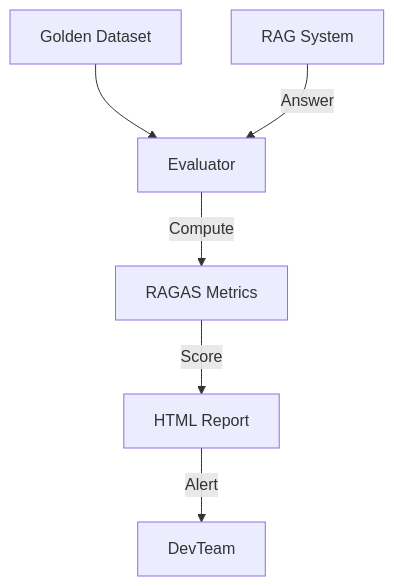
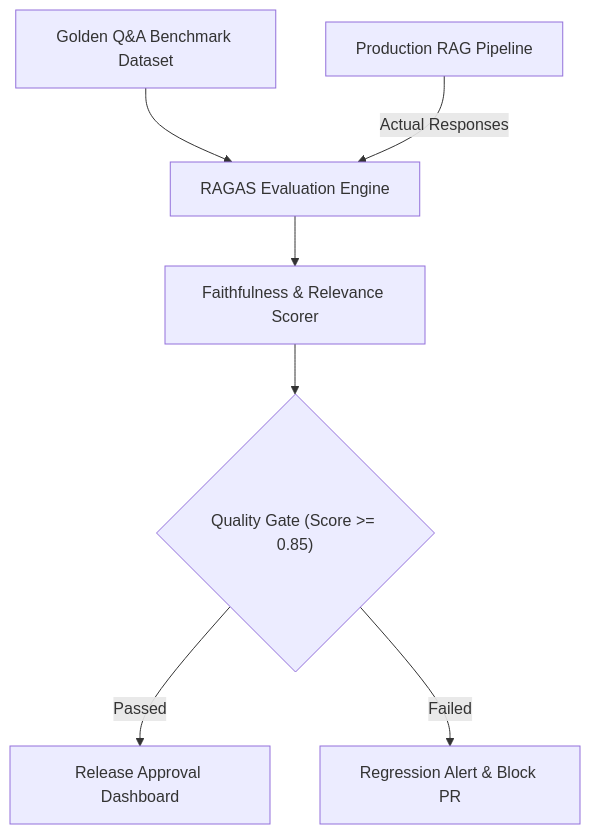
Diagram 13 of 20 in genai_enterprise_usecases/ARCHITECTURE_GUIDE.md (sricheru/agentic-ai-portfolio), drawn with Mermaid before and after one commit. The commit also changed other lines of this file, not shown here.

Commit message:
fix(mermaid): resolve dagre-d3 edge collision in all 20 diagrams

````diff
--- a/genai_enterprise_usecases/ARCHITECTURE_GUIDE.md
+++ b/genai_enterprise_usecases/ARCHITECTURE_GUIDE.md
@@ -286,8 +289,9 @@
 ```mermaid
 graph TD
-    Dataset[Golden Dataset] --> Eval[Evaluator]
-    RAG[RAG System] -->|Answer| Eval
-    Eval -->|Compute| Metrics[RAGAS Metrics]
-    Metrics -->|Score| Report[HTML Report]
-    Report -->|Alert| DevTeam
+    GoldenDataset["Golden Q&A Benchmark Dataset"] --> Evaluator["RAGAS Evaluation Engine"]
+    RAGSystem["Production RAG Pipeline"] -->|Actual Responses| Evaluator
+    Evaluator --> Metrics["Faithfulness & Relevance Scorer"]
+    Metrics --> ThresholdGate{"Quality Gate (Score >= 0.85)"}
+    ThresholdGate -->|Passed| ReleaseReport["Release Approval Dashboard"]
+    ThresholdGate -->|Failed| Alert["Regression Alert & Block PR"]
 ```
````
